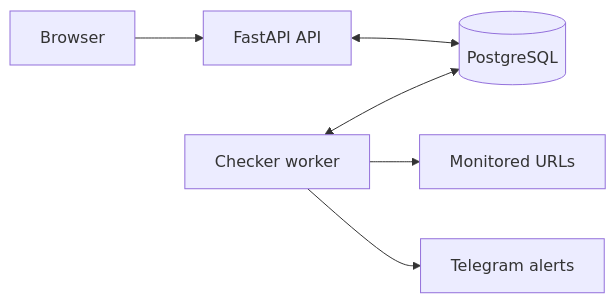
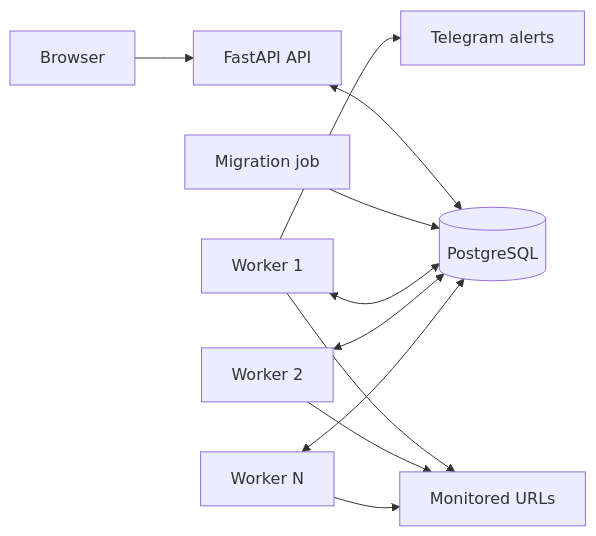
The first of 2 diagrams in README.md (Aanushka001/uptimemonitor), drawn with Mermaid before and after one commit. The commit also changed other lines of this file, not shown here.

Commit message:
docs: rewrite README with setup, migrations, multi-worker and troubleshooting guides

````diff
--- a/README.md
+++ b/README.md
@@ -29,8 +48,13 @@
 ```mermaid
 flowchart LR
     Browser["Browser"] --> API["FastAPI API"]
     API <--> DB[("PostgreSQL")]
-    Worker["Checker worker"] <--> DB
-    Worker --> Targets["Monitored URLs"]
-    Worker --> Telegram["Telegram alerts"]
+    Migrate["Migration job"] --> DB
+    W1["Worker 1"] <--> DB
+    W2["Worker 2"] <--> DB
+    WN["Worker N"] <--> DB
+    W1 --> Targets["Monitored URLs"]
+    W2 --> Targets
+    WN --> Targets
+    W1 --> Telegram["Telegram alerts"]
 ```
````
